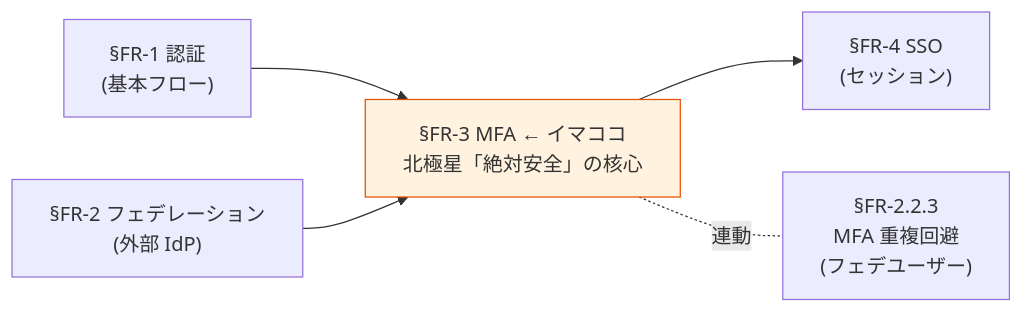
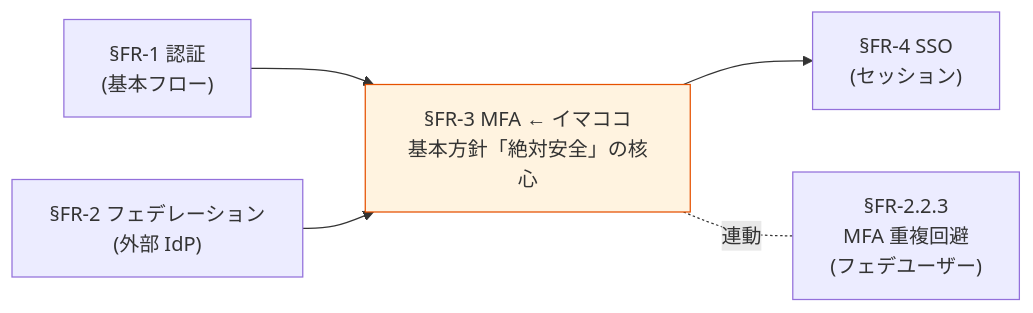
One commit to suepie/aws-atuh-poc changed the first of 2 diagrams in doc/requirements/proposal/fr/03-mfa.md. Above: the diagram before and after it, drawn with Mermaid. The commit also changed other lines of this file and 29 other files, not shown here.

````diff
--- a/doc/requirements/proposal/fr/03-mfa.md
+++ b/doc/requirements/proposal/fr/03-mfa.md
@@ -23,15 +23,15 @@
 ```mermaid
 flowchart LR
     S2["§FR-1 認証<br/>(基本フロー)"]
     S3["§FR-2 フェデレーション<br/>(外部 IdP)"]
-    S4["§FR-3 MFA ← イマココ<br/>北極星「絶対安全」の核心"]
+    S4["§FR-3 MFA ← イマココ<br/>基本方針「絶対安全」の核心"]
     S5["§FR-4 SSO<br/>(セッション)"]
     S323["§FR-2.2.3<br/>MFA 重複回避<br/>(フェデユーザー)"]
 
     S2 --> S4
     S3 --> S4
     S4 --> S5
     S4 -.連動.- S323
 
     style S4 fill:#fff3e0,stroke:#e65100
 ```
````
